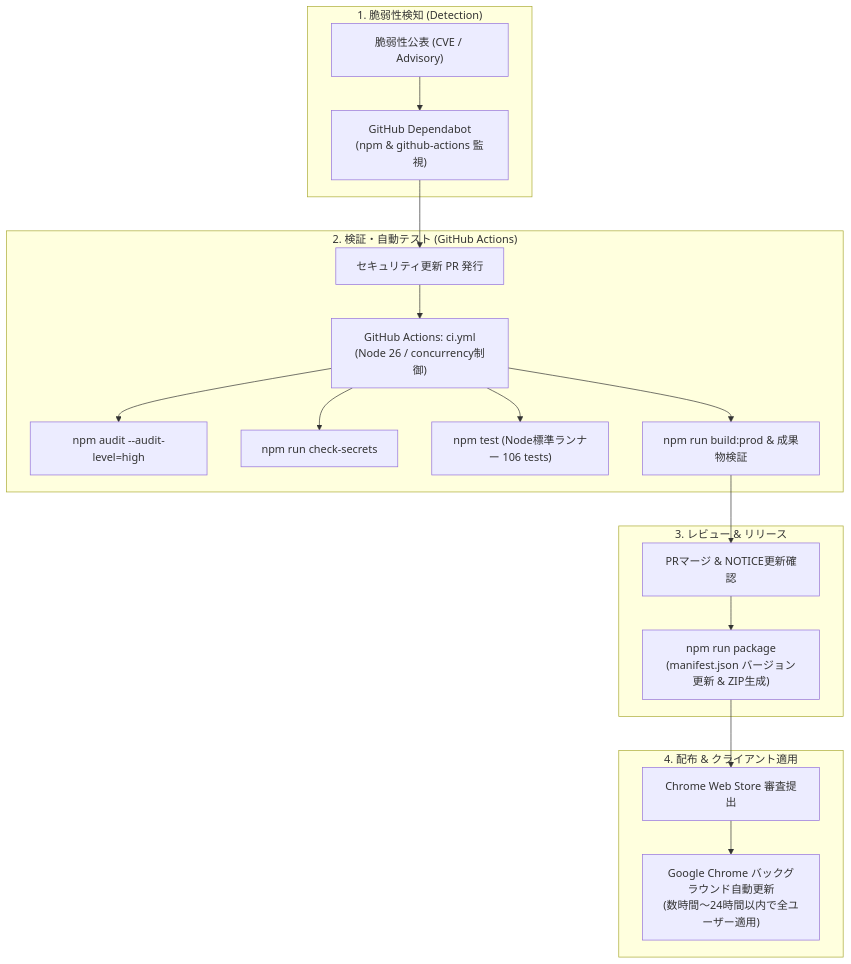
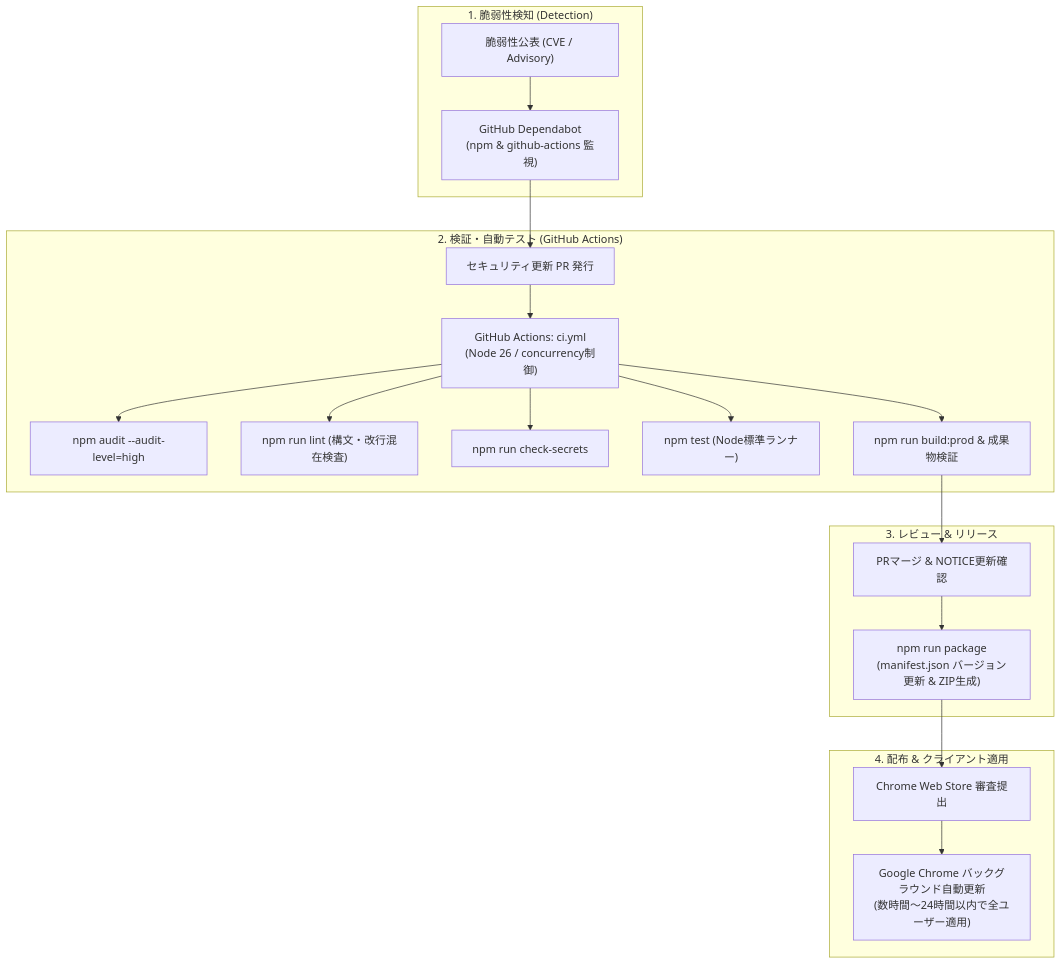
The first of 2 diagrams in docs/design/ci_cd_security_architecture.md (zyanpoyo/HoYoPass), drawn with Mermaid before and after one commit. The commit also changed other lines of this file and 6 other files, not shown here.

````diff
--- a/docs/design/ci_cd_security_architecture.md
+++ b/docs/design/ci_cd_security_architecture.md
@@ -28,40 +28,42 @@
 ```mermaid
 flowchart TD
     subgraph Detection["1. 脆弱性検知 (Detection)"]
         Advisory["脆弱性公表 (CVE / Advisory)"]
         Dependabot["GitHub Dependabot<br>(npm & github-actions 監視)"]
         Advisory --> Dependabot
     end
 
     subgraph Verification["2. 検証・自動テスト (GitHub Actions)"]
         PR["セキュリティ更新 PR 発行"]
         CI["GitHub Actions: ci.yml<br>(Node 26 / concurrency制御)"]
         Audit["npm audit --audit-level=high"]
+        Lint["npm run lint (構文・改行混在検査)"]
         Secrets["npm run check-secrets"]
-        Test["npm test (Node標準ランナー 106 tests)"]
+        Test["npm test (Node標準ランナー)"]
         Build["npm run build:prod & 成果物検証"]
 
         Dependabot --> PR
         PR --> CI
         CI --> Audit
+        CI --> Lint
         CI --> Secrets
         CI --> Test
         CI --> Build
     end
 
     subgraph ReviewAndRelease["3. レビュー & リリース"]
         Review["PRマージ & NOTICE更新確認"]
         Package["npm run package<br>(manifest.json バージョン更新 & ZIP生成)"]
         
         Build --> Review
         Review --> Package
     end
 
     subgraph Distribution["4. 配布 & クライアント適用"]
         CWS["Chrome Web Store 審査提出"]
         BrowserUpdate["Google Chrome バックグラウンド自動更新<br>(数時間〜24時間以内で全ユーザー適用)"]
 
         Package --> CWS
         CWS --> BrowserUpdate
     end
 ```
````
